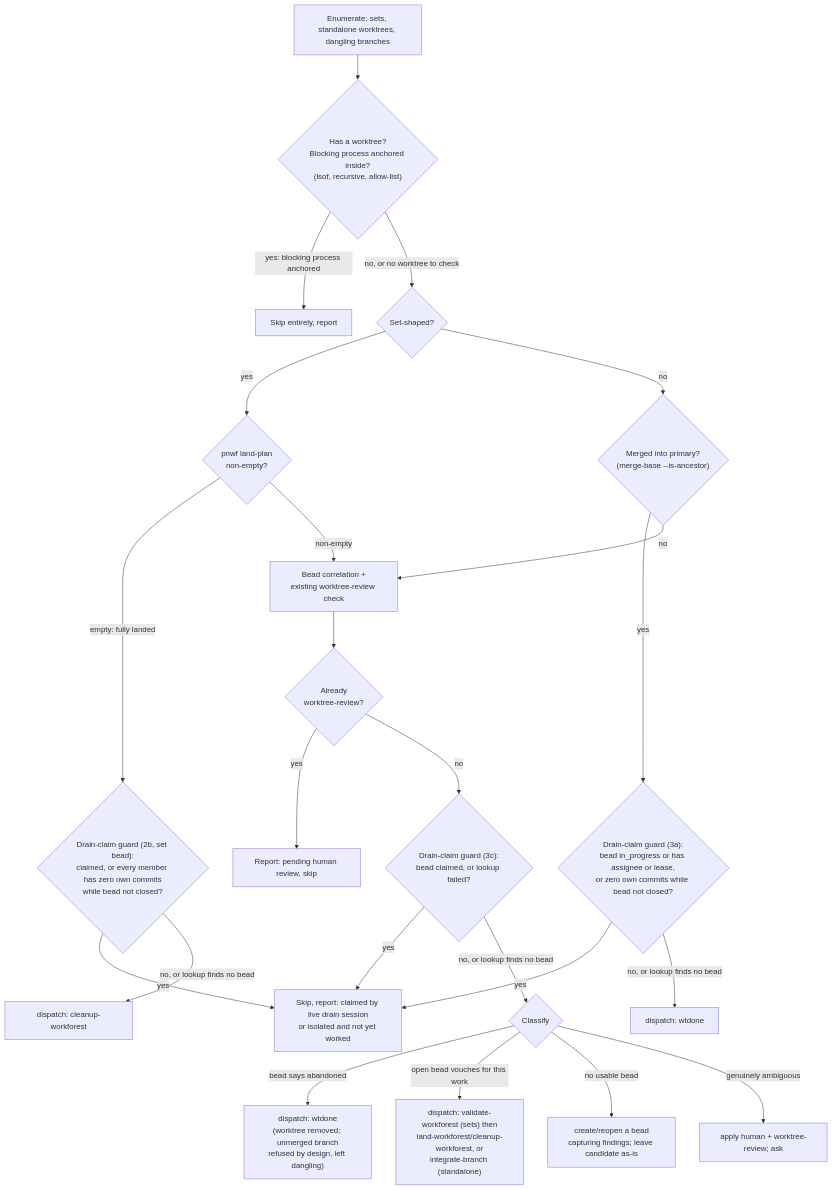
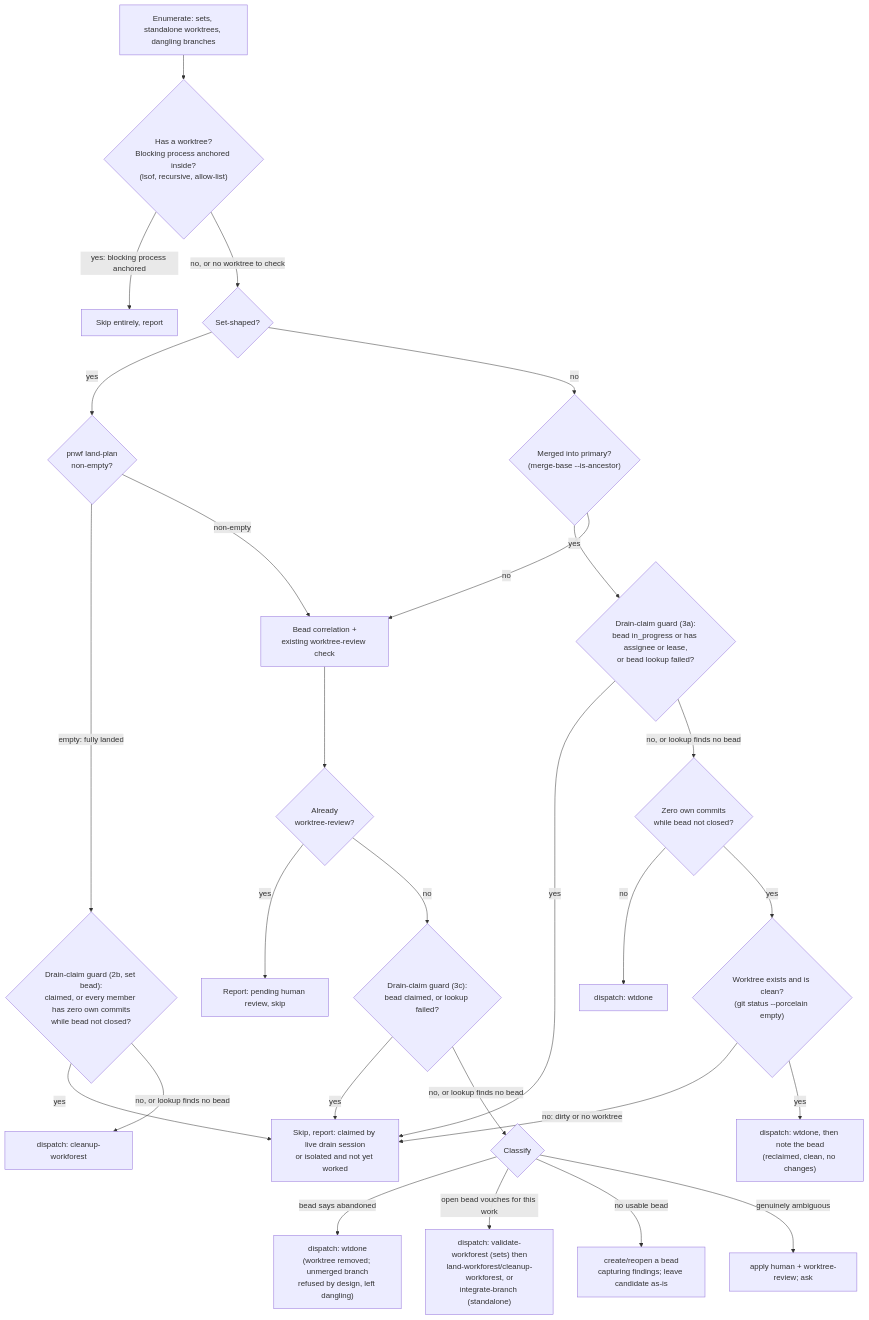
The diagram in pn-workspace-rules/skills/audit-worktrees/SKILL.md (phillipgreenii/nix-repo-base), drawn with Mermaid before and after one commit. The commit also changed other lines of this file and 1 other file, not shown here.

First line of the commit message:
audit-worktrees: reclaim clean zero-commit worktrees of unclaimed beads

````diff
--- a/pn-workspace-rules/skills/audit-worktrees/SKILL.md
+++ b/pn-workspace-rules/skills/audit-worktrees/SKILL.md
@@ -102,25 +106,29 @@
 ```mermaid
 flowchart TD
     E["Enumerate: sets, standalone worktrees, dangling branches"] --> A{"Has a worktree?\nBlocking process anchored inside?\n(lsof, recursive, allow-list)"}
     A -->|yes: blocking process anchored| SKIP["Skip entirely, report"]
     A -->|no, or no worktree to check| SET{"Set-shaped?"}
     SET -->|yes| SLP{"pnwf land-plan\nnon-empty?"}
     SLP -->|empty: fully landed| SG{"Drain-claim guard (2b, set bead):\nclaimed, or every member has zero own commits\nwhile bead not closed?"}
     SG -->|yes| LIVE
     SG -->|no, or lookup finds no bead| SCU["dispatch: cleanup-workforest"]
     SLP -->|non-empty| CLS
     SET -->|no| M{"Merged into primary?\n(merge-base --is-ancestor)"}
-    M -->|yes| G{"Drain-claim guard (3a):\nbead in_progress or has assignee or lease,\nor zero own commits while bead not closed?"}
+    M -->|yes| G{"Drain-claim guard (3a):\nbead in_progress or has assignee or lease,\nor bead lookup failed?"}
     G -->|yes| LIVE["Skip, report: claimed by live drain session\nor isolated and not yet worked"]
-    G -->|no, or lookup finds no bead| RM["dispatch: wtdone"]
+    G -->|no, or lookup finds no bead| Z{"Zero own commits\nwhile bead not closed?"}
+    Z -->|no| RM["dispatch: wtdone"]
+    Z -->|yes| WC{"Worktree exists and is clean?\n(git status --porcelain empty)"}
+    WC -->|no: dirty or no worktree| LIVE
+    WC -->|yes| RC["dispatch: wtdone, then note the bead\n(reclaimed, clean, no changes)"]
     M -->|no| CLS["Bead correlation +\nexisting worktree-review check"]
     CLS --> RV{"Already\nworktree-review?"}
     RV -->|yes| PEND["Report: pending human review, skip"]
     RV -->|no| G3{"Drain-claim guard (3c):\nbead claimed, or lookup failed?"}
     G3 -->|yes| LIVE
     G3 -->|no, or lookup finds no bead| C{"Classify"}
     C -->|"bead says abandoned"| RM2["dispatch: wtdone\n(worktree removed; unmerged branch\nrefused by design, left dangling)"]
     C -->|"open bead vouches for this work"| LB["dispatch: validate-workforest (sets) then\nland-workforest/cleanup-workforest, or\nintegrate-branch (standalone)"]
     C -->|"no usable bead"| BEAD["create/reopen a bead\ncapturing findings; leave candidate as-is"]
     C -->|"genuinely ambiguous"| HUMAN["apply human + worktree-review; ask"]
 ```
````
